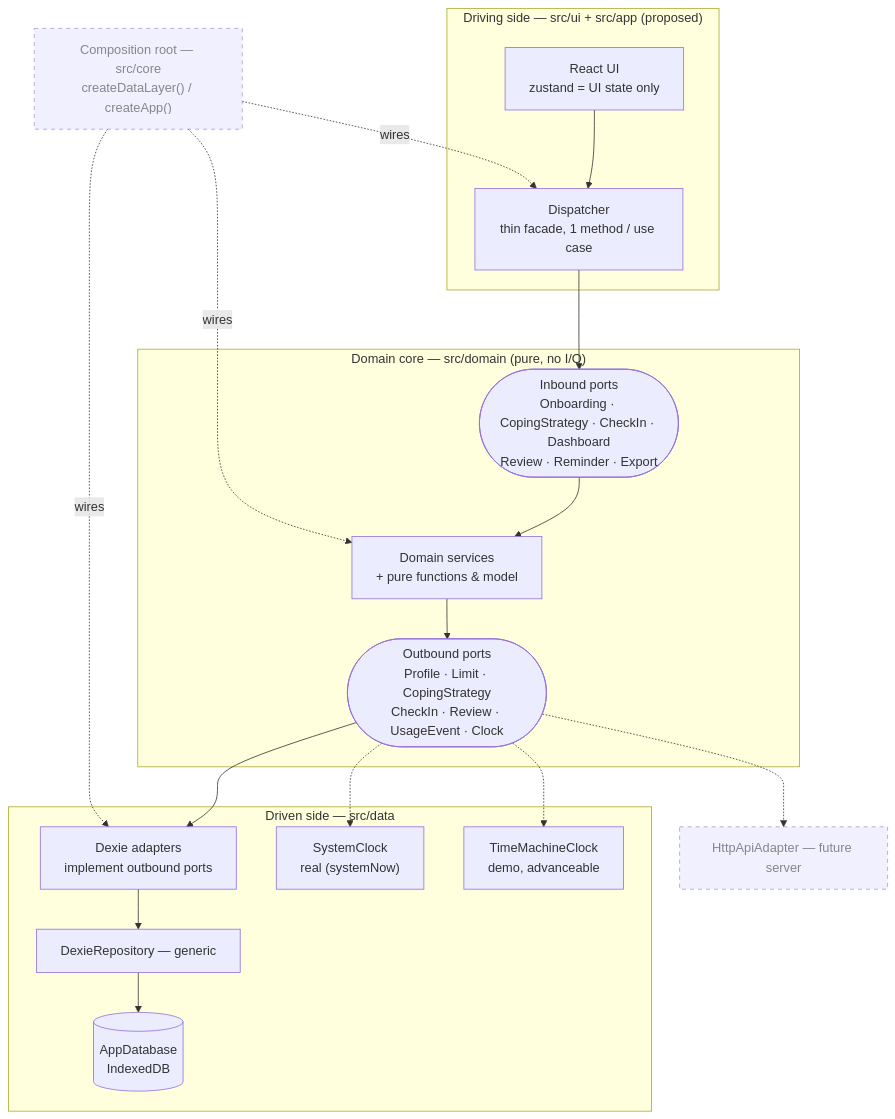
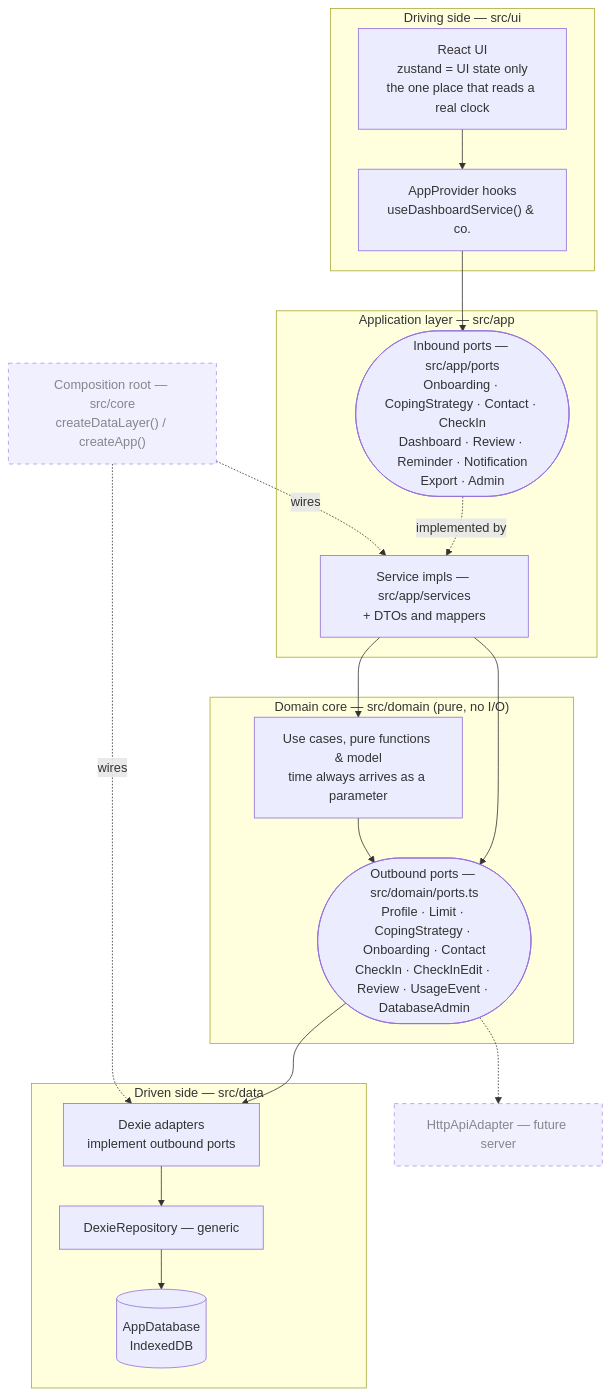
One commit to janmnovam/NUDZ_gamble changed the first of 3 diagrams in docs/architecture.md. Above: the diagram before and after it, drawn with Mermaid. The commit also changed other lines of this file and 4 other files, not shown here.

First line of the commit message:
docs: sync README, architecture and CLAUDE.md with the code

````diff
--- a/docs/architecture.md
+++ b/docs/architecture.md
@@ -16,40 +16,42 @@
 ```mermaid
 flowchart TB
-    subgraph driving["Driving side — src/ui + src/app (proposed)"]
-        UI["React UI<br/>zustand = UI state only"]
-        DISP["Dispatcher<br/>thin facade, 1 method / use case"]
-        UI --> DISP
+    subgraph driving["Driving side — src/ui"]
+        UI["React UI<br/>zustand = UI state only<br/>the one place that reads a real clock"]
+        HOOKS["AppProvider hooks<br/>useDashboardService() & co."]
+        UI --> HOOKS
+    end
+
+    subgraph appLayer["Application layer — src/app"]
+        IN(["Inbound ports — src/app/ports<br/>Onboarding · CopingStrategy · Contact · CheckIn<br/>Dashboard · Review · Reminder · Notification<br/>Export · Admin"])
+        IMPL["Service impls — src/app/services<br/>+ DTOs and mappers"]
+        IN -. implemented by .-> IMPL
     end
 
     subgraph coreHex["Domain core — src/domain (pure, no I/O)"]
-        IN(["Inbound ports<br/>Onboarding · CopingStrategy · CheckIn · Dashboard<br/>Review · Reminder · Export"])
-        SVC["Domain services<br/>+ pure functions & model"]
-        OUT(["Outbound ports<br/>Profile · Limit · CopingStrategy<br/>CheckIn · Review · UsageEvent · Clock"])
-        IN --> SVC --> OUT
+        SVC["Use cases, pure functions & model<br/>time always arrives as a parameter"]
+        OUT(["Outbound ports — src/domain/ports.ts<br/>Profile · Limit · CopingStrategy · Onboarding · Contact<br/>CheckIn · CheckInEdit · Review · UsageEvent · DatabaseAdmin"])
     end
 
     subgraph driven["Driven side — src/data"]
         ADP["Dexie adapters<br/>implement outbound ports"]
         REPO["DexieRepository — generic"]
         DB[("AppDatabase<br/>IndexedDB")]
-        CLK1["SystemClock<br/>real (systemNow)"]
-        CLK2["TimeMachineClock<br/>demo, advanceable"]
         ADP --> REPO --> DB
     end
 
     HTTP["HttpApiAdapter — future server"]
 
-    DISP --> IN
+    HOOKS --> IN
+    IMPL --> SVC
+    IMPL --> OUT
+    SVC --> OUT
     OUT --> ADP
-    OUT -.-> CLK1
-    OUT -.-> CLK2
     OUT -.-> HTTP
 
     ROOT["Composition root — src/core<br/>createDataLayer() / createApp()"]
-    ROOT -. wires .-> DISP
-    ROOT -. wires .-> SVC
+    ROOT -. wires .-> IMPL
     ROOT -. wires .-> ADP
 
     class HTTP,ROOT dashed
     classDef dashed stroke-dasharray: 5 5,opacity:0.75
 ```
````
